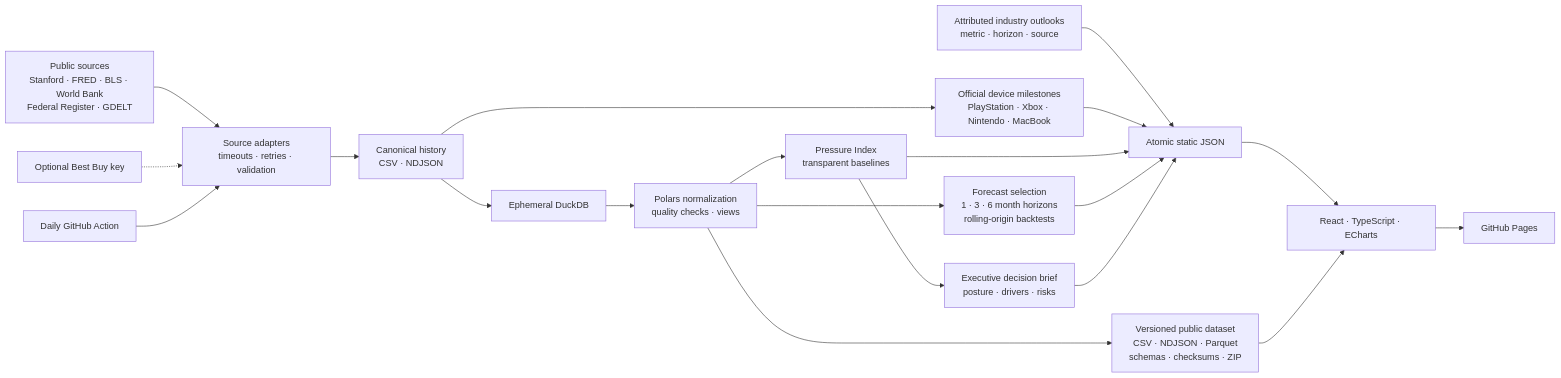
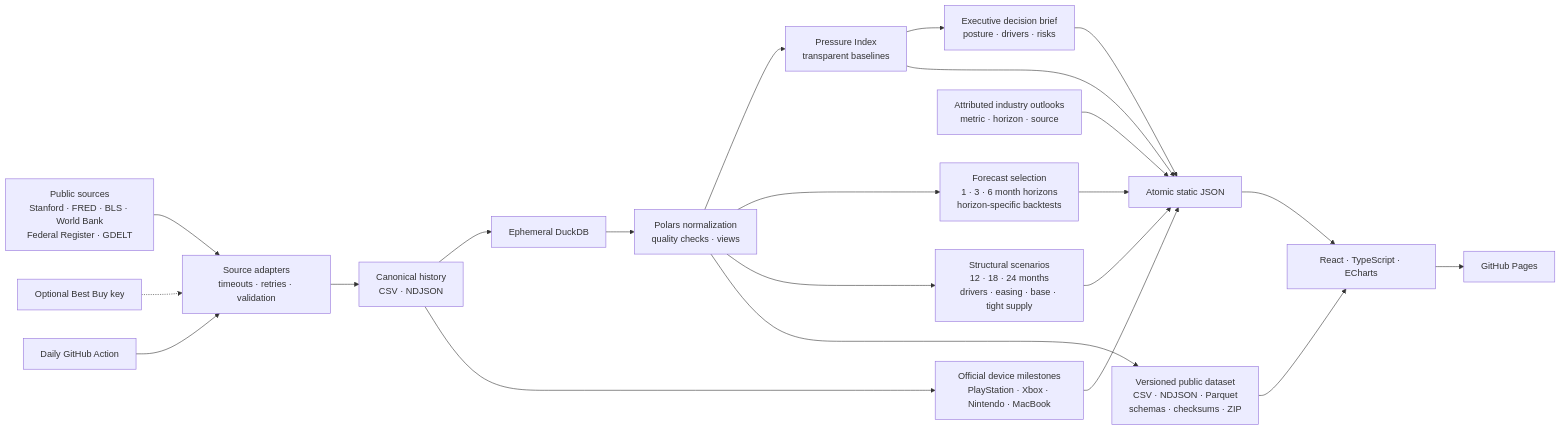
One commit to Photon7777/memorypulse changed the diagram in README.md. Above: the diagram before and after it, drawn with Mermaid. The commit also changed other lines of this file and 79 other files, not shown here.

Commit message:
feat: launch midnight structural forecast experience

````diff
--- a/README.md
+++ b/README.md
@@ -30,22 +30,24 @@
 ```mermaid
 flowchart LR
   A["Public sources\nStanford · FRED · BLS · World Bank\nFederal Register · GDELT"] --> B["Source adapters\ntimeouts · retries · validation"]
   K["Optional Best Buy key"] -.-> B
   B --> C["Canonical history\nCSV · NDJSON"]
   C --> D["Ephemeral DuckDB"]
   D --> E["Polars normalization\nquality checks · views"]
   E --> F["Pressure Index\ntransparent baselines"]
-  E --> G["Forecast selection\n1 · 3 · 6 month horizons\nrolling-origin backtests"]
+  E --> G["Forecast selection\n1 · 3 · 6 month horizons\nhorizon-specific backtests"]
+  E --> S["Structural scenarios\n12 · 18 · 24 months\ndrivers · easing · base · tight supply"]
   O["Attributed industry outlooks\nmetric · horizon · source"] --> H
   C --> P["Official device milestones\nPlayStation · Xbox · Nintendo · MacBook"]
   P --> H
   F --> Q["Executive decision brief\nposture · drivers · risks"]
   F --> H["Atomic static JSON"]
   G --> H
+  S --> H
   Q --> H
   E --> R["Versioned public dataset\nCSV · NDJSON · Parquet\nschemas · checksums · ZIP"]
   H --> I["React · TypeScript · ECharts"]
   R --> I
   I --> J["GitHub Pages"]
   L["Daily GitHub Action"] --> B
 ```
````
